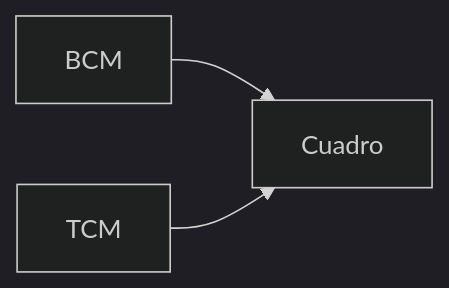
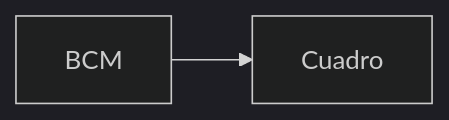
One commit to xAguhz/vaultColegio changed the diagram in vaultSuzuki/Manual de taller/Circuitos/C-2 Juego de instrumentos (indicador).md. Above: the diagram before and after it, drawn with Mermaid (dark theme). The commit also changed other lines of this file and 75 other files, not shown here.

````diff
--- a/vaultSuzuki/Manual de taller/Circuitos/C-2 Juego de instrumentos (indicador).md
+++ b/vaultSuzuki/Manual de taller/Circuitos/C-2 Juego de instrumentos (indicador).md
@@ -15,5 +15,4 @@
 ```mermaid
 flowchart LR
   BCM[BCM] --> CU[Cuadro]
-  TCM[TCM] --> CU
 ```
````
